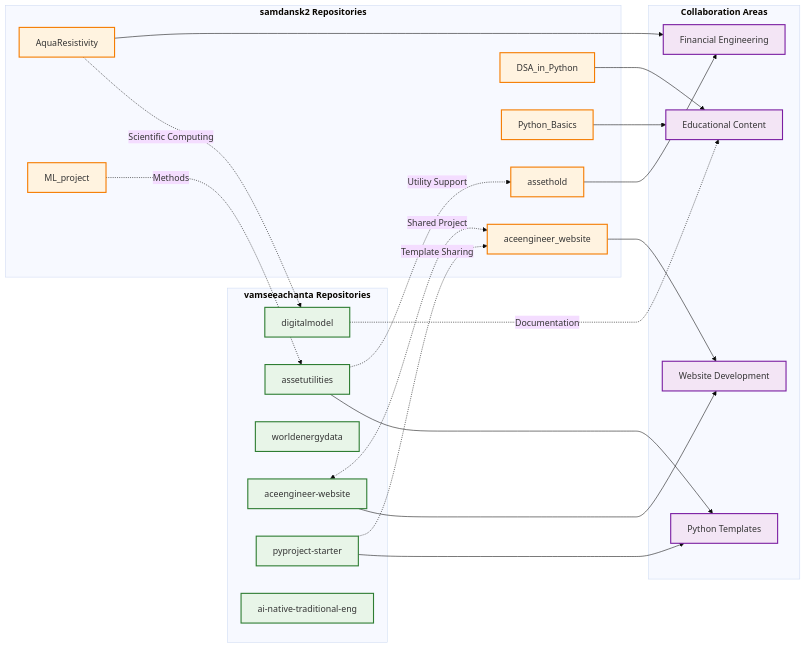
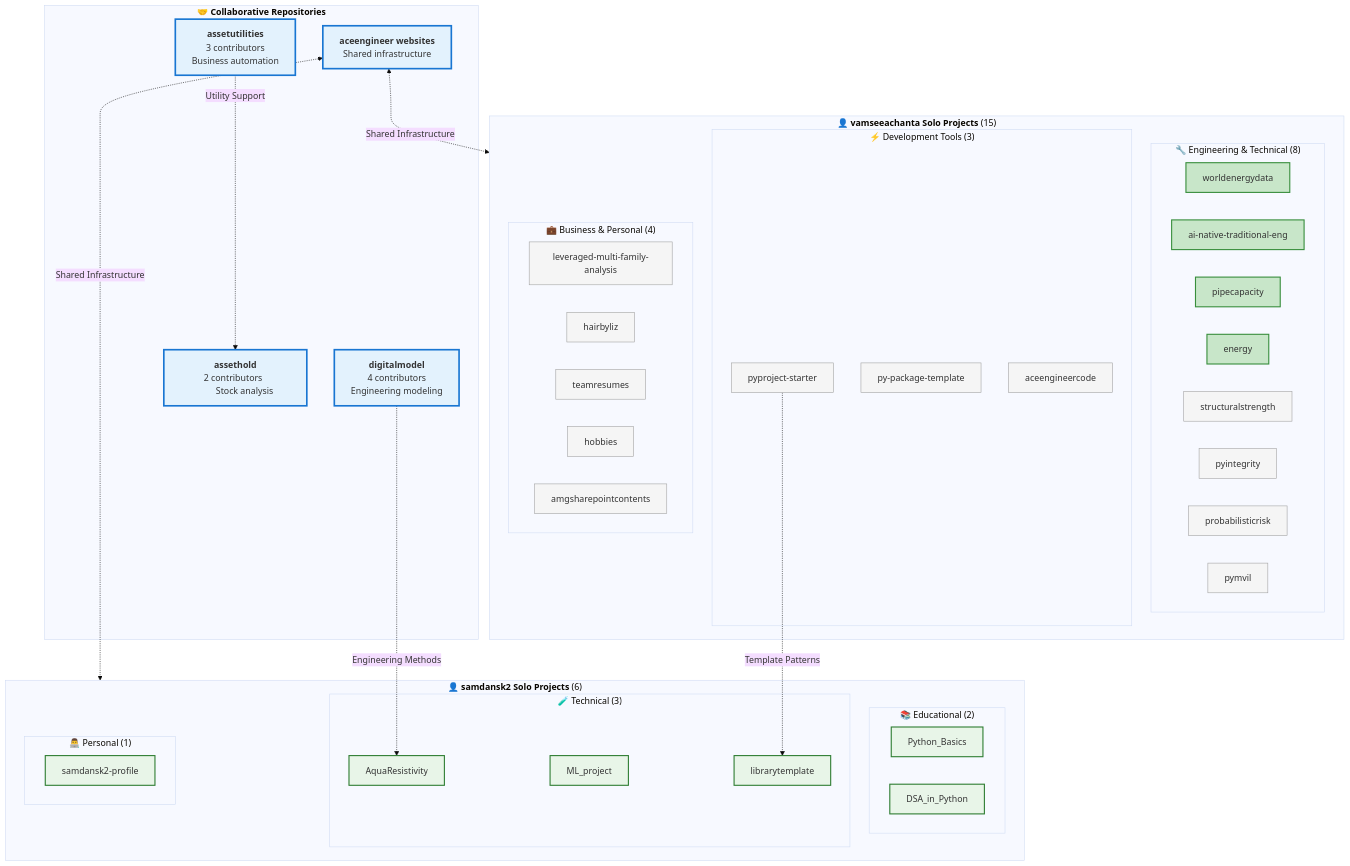
Before and after one commit to vamseeachanta/assetutilities: the second of 2 diagrams in docs/modules/repositories/responsibility.md, drawn with Mermaid (base theme). The commit also changed other lines of this file, not shown here.

````diff
--- a/docs/modules/repositories/responsibility.md
+++ b/docs/modules/repositories/responsibility.md
@@ -151,59 +105,82 @@
 ```mermaid
-graph LR
-    %% Repository clusters
-    subgraph VRepos ["`**vamseeachanta Repositories**`"]
-        AU[assetutilities]
-        DM[digitalmodel]
-        WED[worldenergydata]
-        AEW[aceengineer-website]
-        PS[pyproject-starter]
-        AI[ai-native-traditional-eng]
+graph TD
+    %% Collaborative repositories (Multi-author)
+    subgraph Collaborative ["`🤝 **Collaborative Repositories**`"]
+        AU["`**assetutilities**
+        3 contributors
+        Business automation`"]
+        DM["`**digitalmodel** 
+        4 contributors
+        Engineering modeling`"]
+        AH["`**assethold**
+        2 contributors  
+        Stock analysis`"]
+        WEB["`**aceengineer websites**
+        Shared infrastructure`"]
     end
     
-    subgraph SRepos ["`**samdansk2 Repositories**`"]
-        AH[assethold]
-        AR[AquaResistivity]
-        ML[ML_project]
-        DSA[DSA_in_Python]
-        PB[Python_Basics]
-        AEW2[aceengineer_website]
+    %% vamseeachanta solo repositories
+    subgraph VSolo ["`👤 **vamseeachanta Solo Projects** (15)`"]
+        subgraph VEng ["`🔧 Engineering & Technical (8)`"]
+            WED[worldenergydata]
+            AI[ai-native-traditional-eng]
+            PC[pipecapacity]
+            EN[energy]
+            SS[structuralstrength]
+            PI[pyintegrity]
+            PR[probabilisticrisk]
+            PM[pymvil]
+        end
+        
+        subgraph VDev ["`⚡ Development Tools (3)`"]
+            PS[pyproject-starter]
+            PPT[py-package-template]
+            AEC[aceengineercode]
+        end
+        
+        subgraph VBus ["`💼 Business & Personal (4)`"]
+            LMF[leveraged-multi-family-analysis]
+            HBL[hairbyliz]
+            TR[teamresumes]
+            HOB[hobbies]
+            AGS[amgsharepointcontents]
+        end
     end
     
-    subgraph Overlap ["`**Collaboration Areas**`"]
-        WEB[Website Development]
-        TEMP[Python Templates]
-        EDU[Educational Content]
-        FIN[Financial Engineering]
+    %% samdansk2 solo repositories  
+    subgraph SSolo ["`👤 **samdansk2 Solo Projects** (6)`"]
+        subgraph SEdu ["`📚 Educational (2)`"]
+            PB[Python_Basics]
+            DSA[DSA_in_Python]
+        end
+        
+        subgraph STech ["`🧪 Technical (3)`"]
+            AR[AquaResistivity]
+            ML[ML_project]
+            LT[librarytemplate]
+        end
+        
+        subgraph SPersonal ["`👨‍💻 Personal (1)`"]
+            PROF[samdansk2-profile]
+        end
     end
     
-    %% Primary connections
+    %% Collaboration flows
     AU -.->|Utility Support| AH
-    AEW <-.->|Shared Project| AEW2
-    PS -.->|Template Sharing| AEW2
-    
-    %% Domain connections
-    AU --> TEMP
-    PS --> TEMP
-    AH --> FIN
-    AR --> FIN
-    PB --> EDU
-    DSA --> EDU
-    DM -.->|Documentation| EDU
-    
-    %% Web collaboration
-    AEW --> WEB
-    AEW2 --> WEB
-    
-    %% Cross-domain learning
-    ML -.->|Methods| AU
-    AR -.->|Scientific Computing| DM
+    DM -.->|Engineering Methods| AR
+    PS -.->|Template Patterns| LT
+    WEB <-.->|Shared Infrastructure| VSolo
+    WEB <-.->|Shared Infrastructure| SSolo
     
     %% Styling
-    classDef vStyle fill:#e8f5e8,stroke:#2e7d32,stroke-width:2px
-    classDef sStyle fill:#fff3e0,stroke:#f57c00,stroke-width:2px
-    classDef overlapStyle fill:#f3e5f5,stroke:#7b1fa2,stroke-width:2px
+    classDef collabStyle fill:#e3f2fd,stroke:#1976d2,stroke-width:3px
+    classDef vSoloStyle fill:#e8f5e8,stroke:#2e7d32,stroke-width:2px
+    classDef sSoloStyle fill:#fff3e0,stroke:#f57c00,stroke-width:2px
+    classDef activeStyle fill:#c8e6c9,stroke:#388e3c,stroke-width:2px
+    classDef archivedStyle fill:#f5f5f5,stroke:#9e9e9e,stroke-width:1px
     
-    class AU,DM,WED,AEW,PS,AI vStyle
-    class AH,AR,ML,DSA,PB,AEW2 sStyle
-    class WEB,TEMP,EDU,FIN overlapStyle
+    class AU,DM,AH,WEB collabStyle
+    class WED,AI,PC,EN activeStyle
+    class SS,PI,PR,PM,PS,PPT,AEC,LMF,HBL,TR,HOB,AGS archivedStyle
+    class AR,ML,LT,PB,DSA,PROF vSoloStyle
 ```
````
